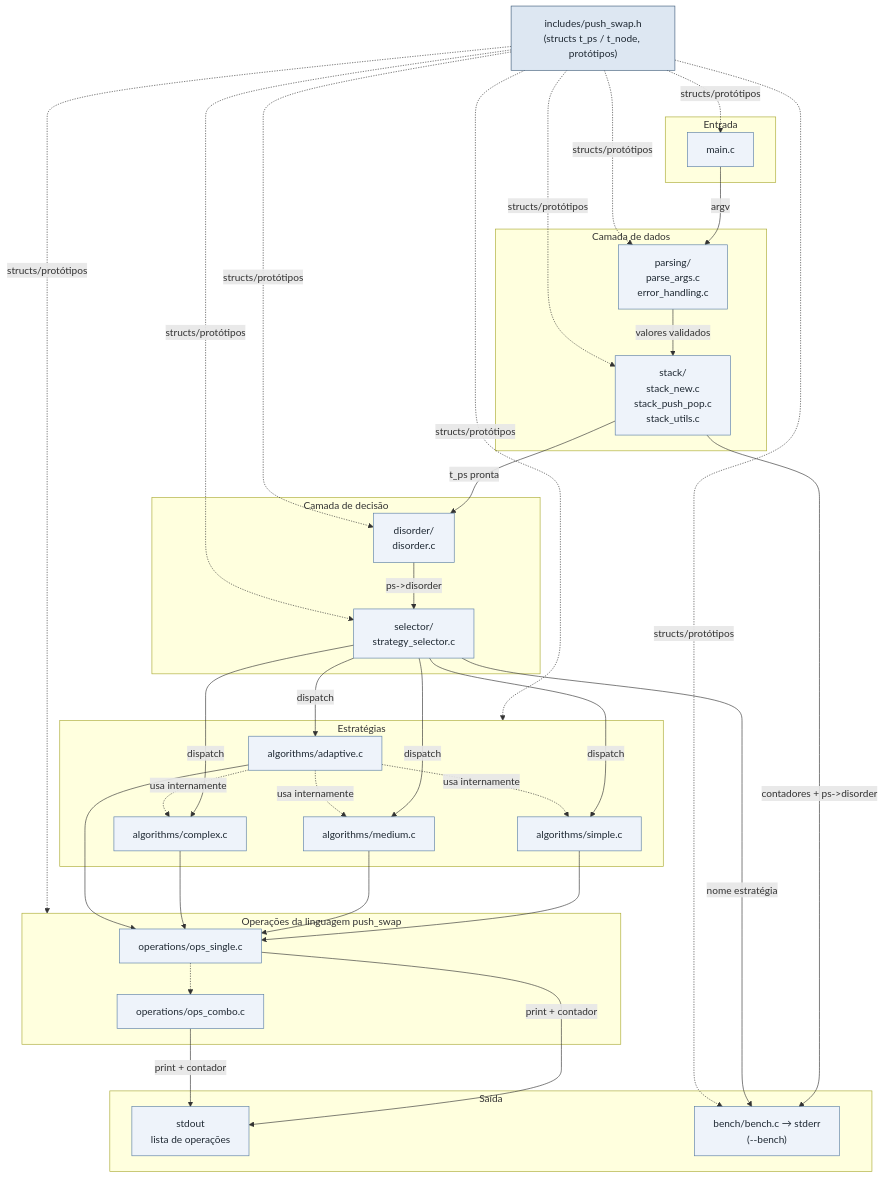
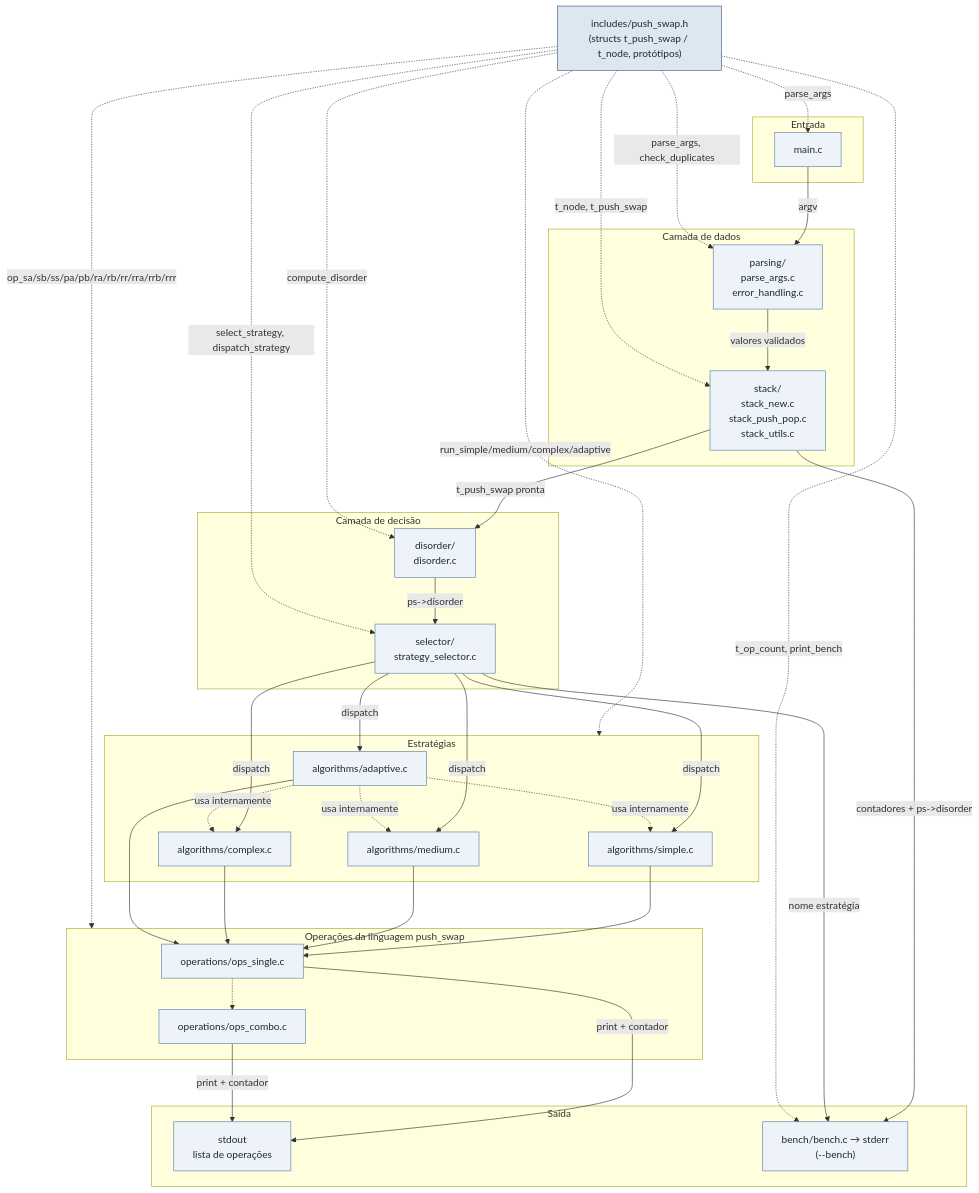
The diagram in README.md (pauloandrad/push-swap), drawn with Mermaid before and after one commit.

Commit message:
feat: add contract to diagram

````diff
--- a/README.md
+++ b/README.md
@@ -1,71 +1,71 @@
 ```mermaid
 graph TD
-    H["includes/push_swap.h<br/>(structs t_ps / t_node, protótipos)"]
+    H["includes/push_swap.h<br/>(structs t_push_swap / t_node, protótipos)"]
 
     subgraph ENTRY["Entrada"]
         MAIN["main.c"]
     end
 
     subgraph CORE["Camada de dados"]
         PARSE["parsing/<br/>parse_args.c<br/>error_handling.c"]
         STACK["stack/<br/>stack_new.c<br/>stack_push_pop.c<br/>stack_utils.c"]
     end
 
     subgraph ENGINE["Camada de decisão"]
         DIS["disorder/<br/>disorder.c"]
         SEL["selector/<br/>strategy_selector.c"]
     end
 
     subgraph ALGOS["Estratégias"]
         SIMPLE["algorithms/simple.c"]
         MEDIUM["algorithms/medium.c"]
         COMPLEX["algorithms/complex.c"]
         ADAPT["algorithms/adaptive.c"]
     end
 
     subgraph OPS["Operações da linguagem push_swap"]
         OPSING["operations/ops_single.c"]
         OPCOMBO["operations/ops_combo.c"]
     end
 
     subgraph OUT["Saída"]
         STDOUT["stdout<br/>lista de operações"]
         BENCH["bench/bench.c → stderr<br/>(--bench)"]
     end
 
     MAIN -->|argv| PARSE
     PARSE -->|valores validados| STACK
-    STACK -->|t_ps pronta| DIS
+    STACK -->|t_push_swap pronta| DIS
     DIS -->|ps->disorder| SEL
     SEL -->|dispatch| SIMPLE
     SEL -->|dispatch| MEDIUM
     SEL -->|dispatch| COMPLEX
     SEL -->|dispatch| ADAPT
     ADAPT -.usa internamente.-> SIMPLE
     ADAPT -.usa internamente.-> MEDIUM
     ADAPT -.usa internamente.-> COMPLEX
 
     SIMPLE --> OPSING
     MEDIUM --> OPSING
     COMPLEX --> OPSING
     ADAPT --> OPSING
     OPSING -.-> OPCOMBO
 
     OPSING -->|print + contador| STDOUT
     OPCOMBO -->|print + contador| STDOUT
     STACK -->|contadores + ps->disorder| BENCH
     SEL -->|nome estratégia| BENCH
 
-    H -.structs/protótipos.-> MAIN
-    H -.structs/protótipos.-> PARSE
-    H -.structs/protótipos.-> STACK
-    H -.structs/protótipos.-> DIS
-    H -.structs/protótipos.-> SEL
-    H -.structs/protótipos.-> ALGOS
-    H -.structs/protótipos.-> OPS
-    H -.structs/protótipos.-> BENCH
+    H -.parse_args.-> MAIN
+    H -.parse_args, check_duplicates.-> PARSE
+    H -.t_node, t_push_swap.-> STACK
+    H -.compute_disorder.-> DIS
+    H -.select_strategy, dispatch_strategy.-> SEL
+    H -.run_simple/medium/complex/adaptive.-> ALGOS
+    H -.op_sa/sb/ss/pa/pb/ra/rb/rr/rra/rrb/rrr.-> OPS
+    H -.t_op_count, print_bench.-> BENCH
 
     classDef default fill:#eef3fa,stroke:#5b7fa6,stroke-width:1px,color:#1f2933
     classDef header fill:#dde7f2,stroke:#3f5c7a,stroke-width:1px,color:#1f2933
     class H header
 ```
````
